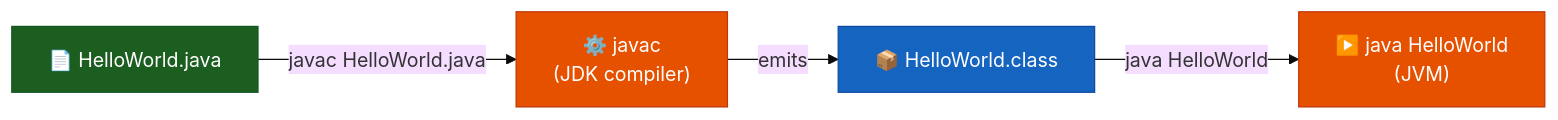
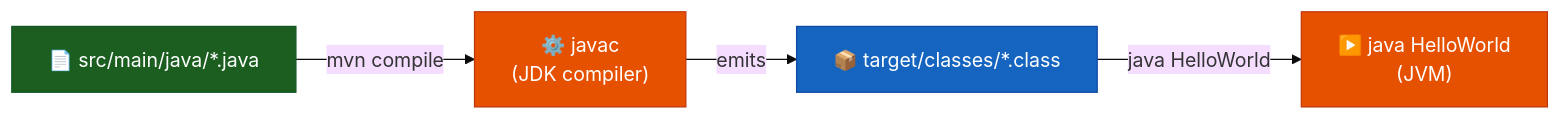
Diagram 11 of 15 in arc42-documentation.md (ktruchcz/copilot-test-ktruchcz), drawn with Mermaid (base theme) before and after one commit. The commit also changed other lines of this file and 1 other file, not shown here.

Commit message:
Update project documentation for layered greeting architecture

````diff
--- a/arc42-documentation.md
+++ b/arc42-documentation.md
@@ -394,15 +398,15 @@
 ```mermaid
 flowchart LR
     classDef src fill:#1B5E20,stroke:#155724,color:#fff
     classDef tool fill:#E65100,stroke:#BF360C,color:#fff
     classDef out fill:#1565C0,stroke:#0D47A1,color:#fff
 
-    src["📄 HelloWorld.java"]:::src
+    src["📄 src/main/java/*.java"]:::src
     javac["⚙️ javac\n(JDK compiler)"]:::tool
-    bytecode["📦 HelloWorld.class"]:::out
+    bytecode["📦 target/classes/*.class"]:::out
     jvm["▶️ java HelloWorld\n(JVM)"]:::tool
 
-    src -->|"javac HelloWorld.java"| javac
+    src -->|"mvn compile"| javac
     javac -->|"emits"| bytecode
     bytecode -->|"java HelloWorld"| jvm
 ```
````
